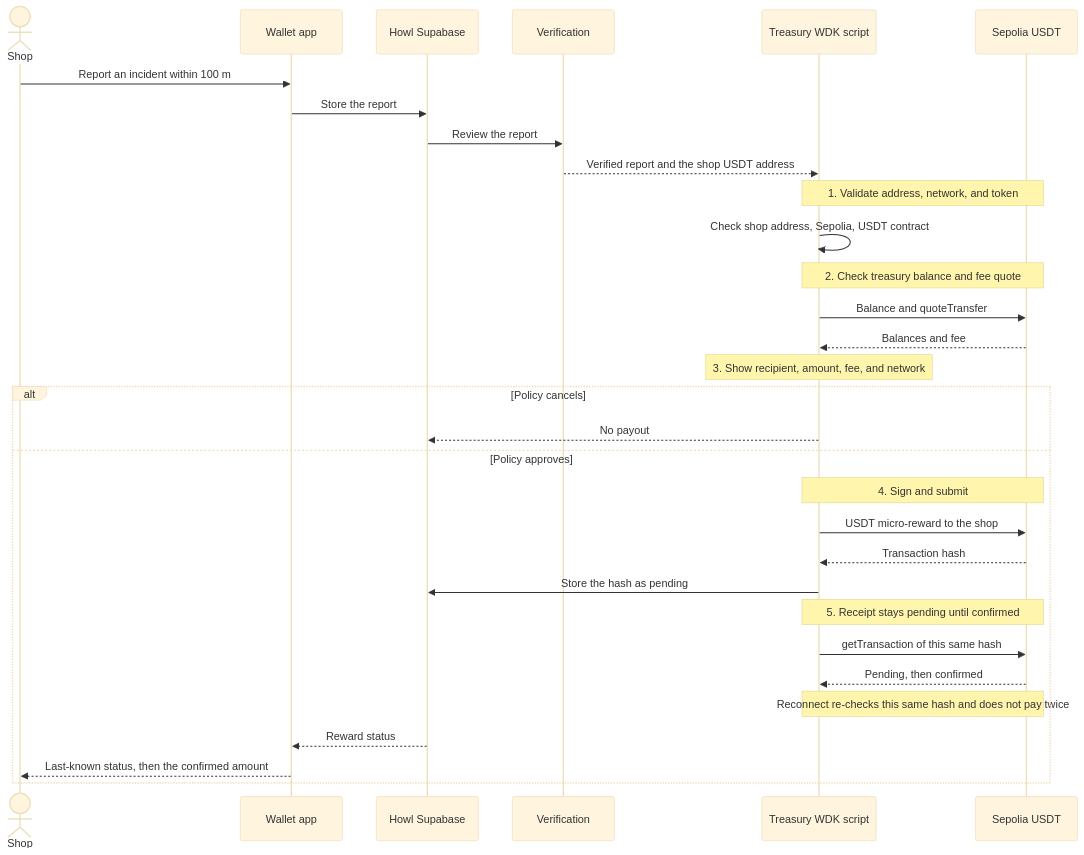
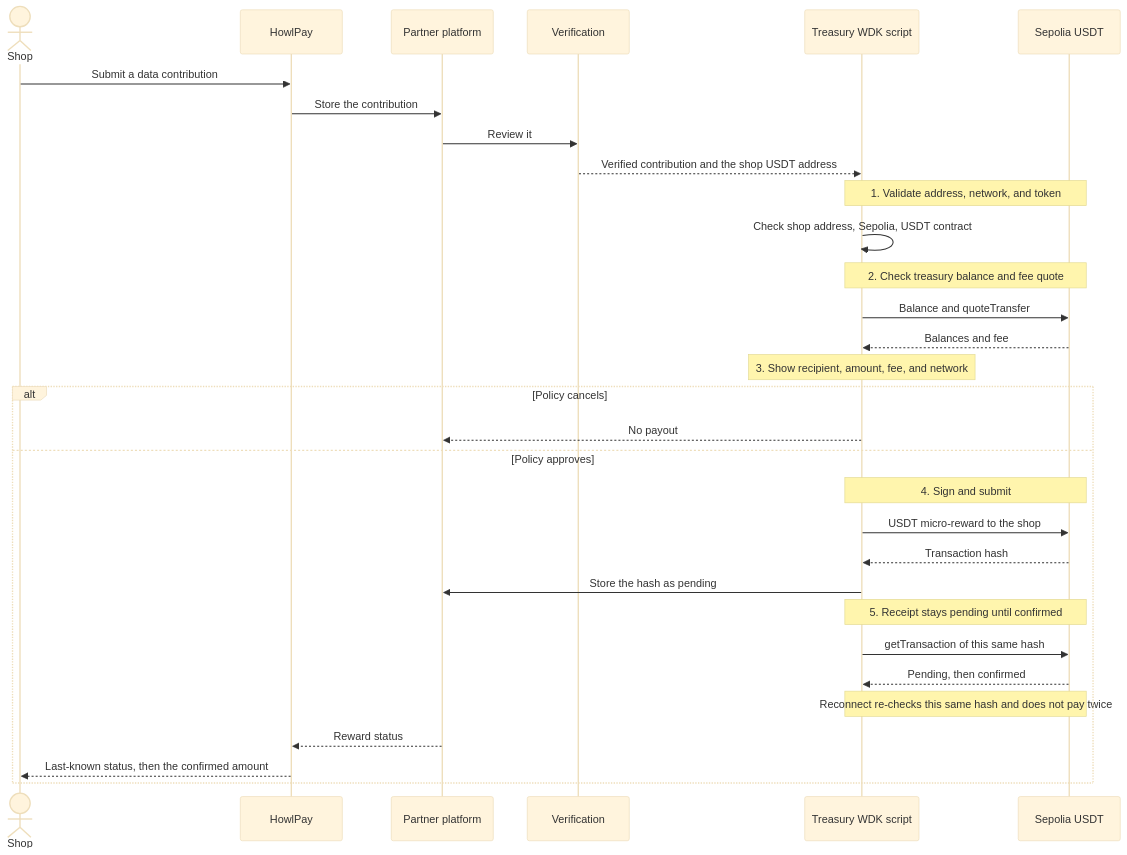
Before and after one commit to MrFriedman/w3node_2026: the third of 3 diagrams in docs/architecture.md, drawn with Mermaid (base theme). The commit also changed other lines of this file and 17 other files, not shown here.

First line of the commit message:
Rename the public project to HowlPay.

````diff
--- a/docs/architecture.md
+++ b/docs/architecture.md
@@ -122,34 +121,34 @@
 ```mermaid
 sequenceDiagram
   actor Shop
-  participant App as Wallet app
-  participant Howl as Howl Supabase
+  participant App as HowlPay
+  participant Partner as Partner platform
   participant Ver as Verification
   participant Treasury as Treasury WDK script
   participant Chain as Sepolia USDT
 
-  Shop->>App: Report an incident within 100 m
-  App->>Howl: Store the report
-  Howl->>Ver: Review the report
-  Ver-->>Treasury: Verified report and the shop USDT address
+  Shop->>App: Submit a data contribution
+  App->>Partner: Store the contribution
+  Partner->>Ver: Review it
+  Ver-->>Treasury: Verified contribution and the shop USDT address
   Note over Treasury,Chain: 1. Validate address, network, and token
   Treasury->>Treasury: Check shop address, Sepolia, USDT contract
   Note over Treasury,Chain: 2. Check treasury balance and fee quote
   Treasury->>Chain: Balance and quoteTransfer
   Chain-->>Treasury: Balances and fee
   Note over Treasury: 3. Show recipient, amount, fee, and network
   alt Policy cancels
-    Treasury-->>Howl: No payout
+    Treasury-->>Partner: No payout
   else Policy approves
     Note over Treasury,Chain: 4. Sign and submit
     Treasury->>Chain: USDT micro-reward to the shop
     Chain-->>Treasury: Transaction hash
-    Treasury->>Howl: Store the hash as pending
+    Treasury->>Partner: Store the hash as pending
     Note over Treasury,Chain: 5. Receipt stays pending until confirmed
     Treasury->>Chain: getTransaction of this same hash
     Chain-->>Treasury: Pending, then confirmed
     Note over Treasury,Chain: Reconnect re-checks this same hash and does not pay twice
-    Howl-->>App: Reward status
+    Partner-->>App: Reward status
     App-->>Shop: Last-known status, then the confirmed amount
   end
 ```
````
